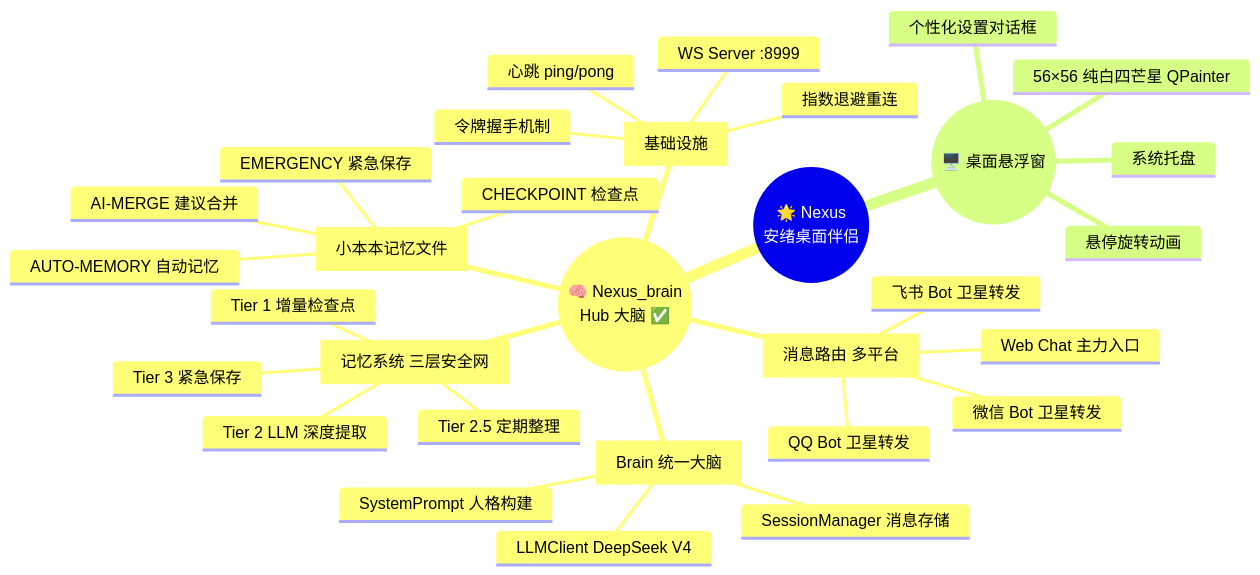
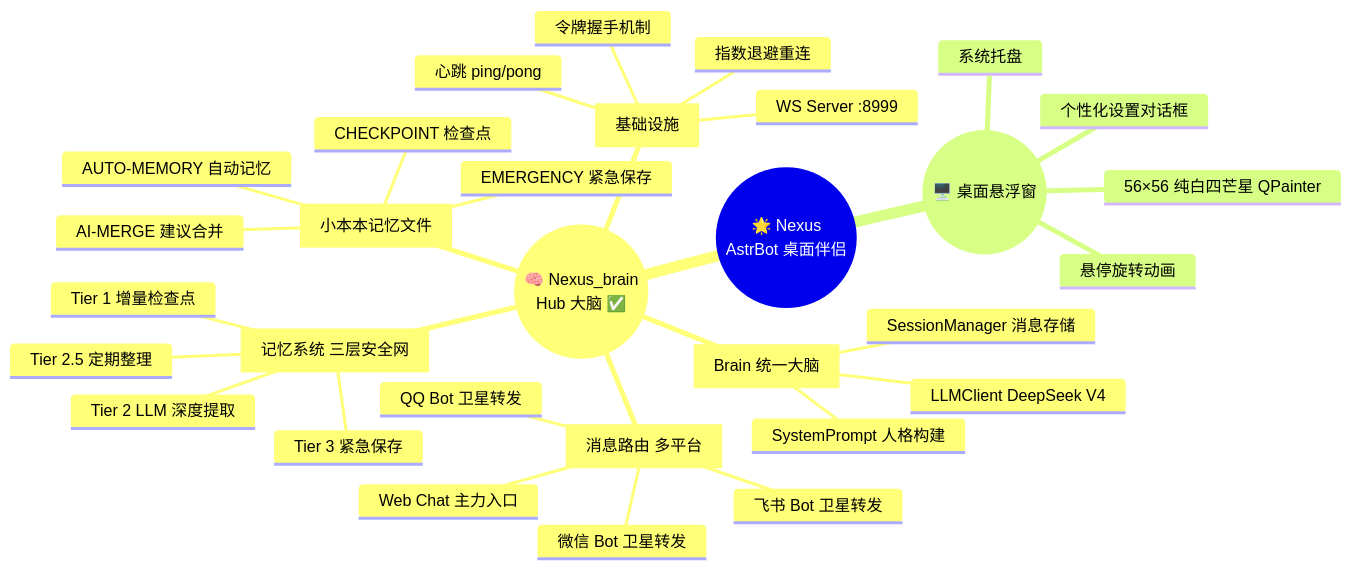
The first of 2 diagrams in README.md (yuanchu114514-spec/nexus-brain), drawn with Mermaid before and after one commit. The commit also changed other lines of this file, not shown here.

Commit message:
README: 安绪 → AstrBot，去角色名通用化

````diff
--- a/README.md
+++ b/README.md
@@ -33,34 +23,34 @@
 ```mermaid
 mindmap
-  root(("🌟 Nexus<br/>安绪桌面伴侣"))
+  root(("🌟 Nexus<br/>AstrBot 桌面伴侣"))
     (("🧠 Nexus_brain<br/>Hub 大脑 ✅"))
       [Brain 统一大脑]
         SystemPrompt 人格构建
         SessionManager 消息存储
         LLMClient DeepSeek V4
       [记忆系统 三层安全网]
         Tier 1 增量检查点
         Tier 2 LLM 深度提取
         Tier 2.5 定期整理
         Tier 3 紧急保存
       [消息路由 多平台]
         Web Chat 主力入口
         QQ Bot 卫星转发
         微信 Bot 卫星转发
         飞书 Bot 卫星转发
       [基础设施]
         WS Server :8999
         令牌握手机制
         指数退避重连
         心跳 ping/pong
       [小本本记忆文件]
         AUTO-MEMORY 自动记忆
         CHECKPOINT 检查点
         EMERGENCY 紧急保存
         AI-MERGE 建议合并
     (("🖥️ 桌面悬浮窗"))
       56×56 纯白四芒星 QPainter
       悬停旋转动画
       个性化设置对话框
       系统托盘
 ```
````
